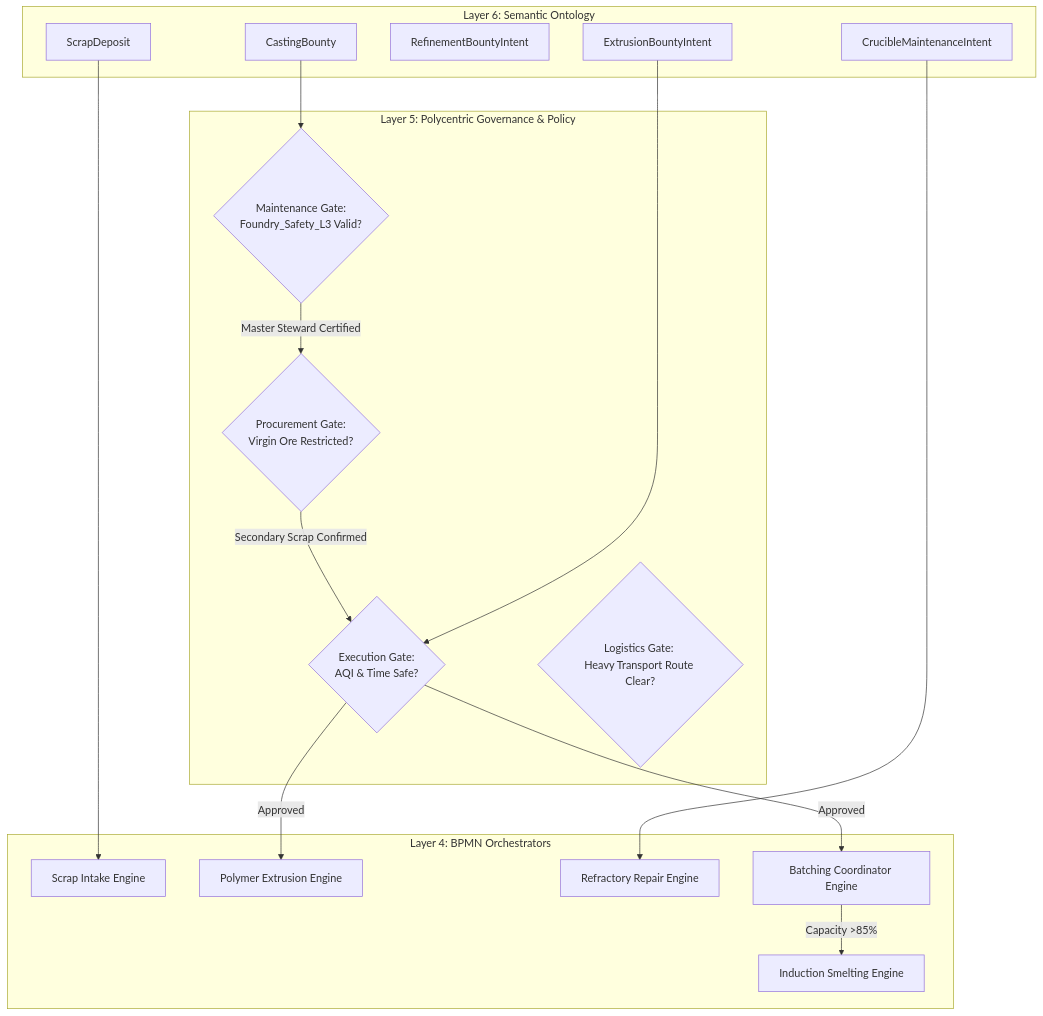
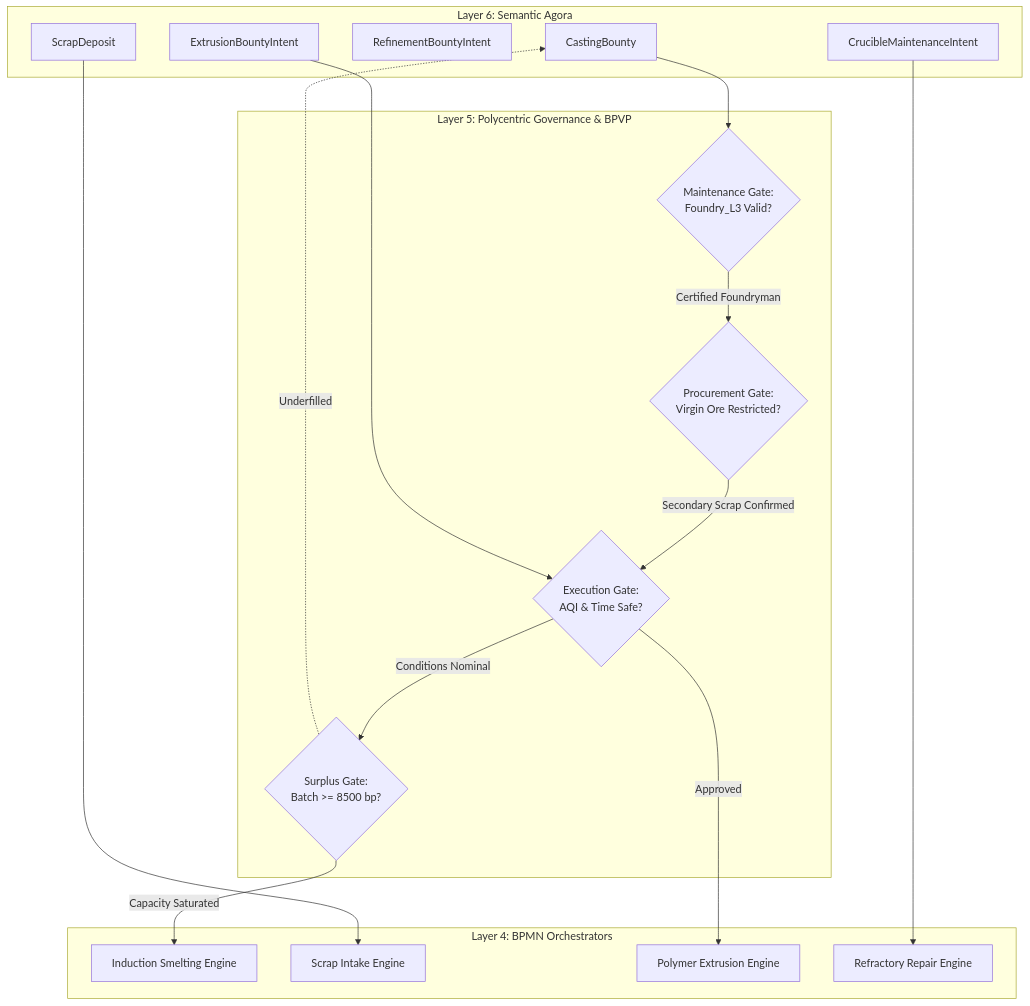
One commit to raffaine/collective changed the third of 4 diagrams in docs/scenarios/theta_foundry.md. Above: the diagram before and after it, drawn with Mermaid. The commit also changed other lines of this file and 23 other files, not shown here.

````diff
--- a/docs/scenarios/theta_foundry.md
+++ b/docs/scenarios/theta_foundry.md
@@ -113,38 +158,36 @@
 ```mermaid
 graph TD
-    subgraph Layer 6: Semantic Ontology
+    subgraph Layer 6: Semantic Agora
         L6_Cast[CastingBounty]
         L6_Scrap[ScrapDeposit]
         L6_Refine[RefinementBountyIntent]
         L6_Extrude[ExtrusionBountyIntent]
         L6_Maint[CrucibleMaintenanceIntent]
     end
 
-    subgraph Layer 5: Polycentric Governance & Policy
+    subgraph Layer 5: Polycentric Governance & BPVP
         P_Env{Execution Gate: <br>AQI & Time Safe?}
-        P_Safety{Maintenance Gate: <br>Foundry_Safety_L3 Valid?}
+        P_Safety{Maintenance Gate: <br>Foundry_L3 Valid?}
         P_Virgin{Procurement Gate: <br>Virgin Ore Restricted?}
-        P_Log{Logistics Gate: <br>Heavy Transport Route Clear?}
+        P_Batch{Surplus Gate: <br>Batch >= 8500 bp?}
     end
 
     subgraph Layer 4: BPMN Orchestrators
         BPMN_Melt[Induction Smelting Engine]
         BPMN_Scrap[Scrap Intake Engine]
         BPMN_Extrude[Polymer Extrusion Engine]
         BPMN_Repair[Refractory Repair Engine]
-        BPMN_Batch[Batching Coordinator Engine]
     end
 
-    %% Routing
     L6_Cast --> P_Safety
-    P_Safety -->|Master Steward Certified| P_Virgin
+    P_Safety -->|Certified Foundryman| P_Virgin
     P_Virgin -->|Secondary Scrap Confirmed| P_Env
-    P_Env -->|Approved| BPMN_Batch
-    BPMN_Batch -->|Capacity >85%| BPMN_Melt
-    
+    P_Env -->|Conditions Nominal| P_Batch
+    P_Batch -->|Capacity Saturated| BPMN_Melt
+    P_Batch -.->|Underfilled| L6_Cast
+
     L6_Scrap --> BPMN_Scrap
     L6_Extrude --> P_Env
     P_Env -->|Approved| BPMN_Extrude
-    
     L6_Maint --> BPMN_Repair
 ```
````
